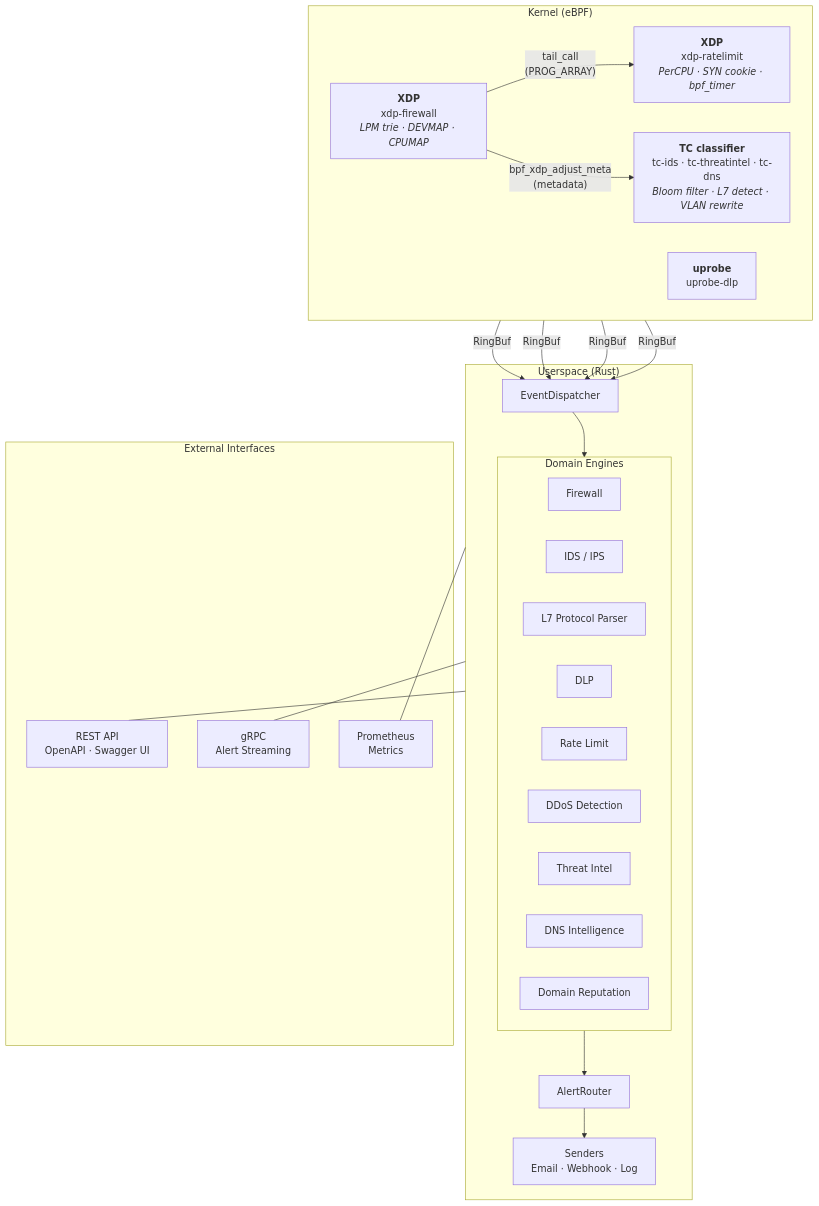
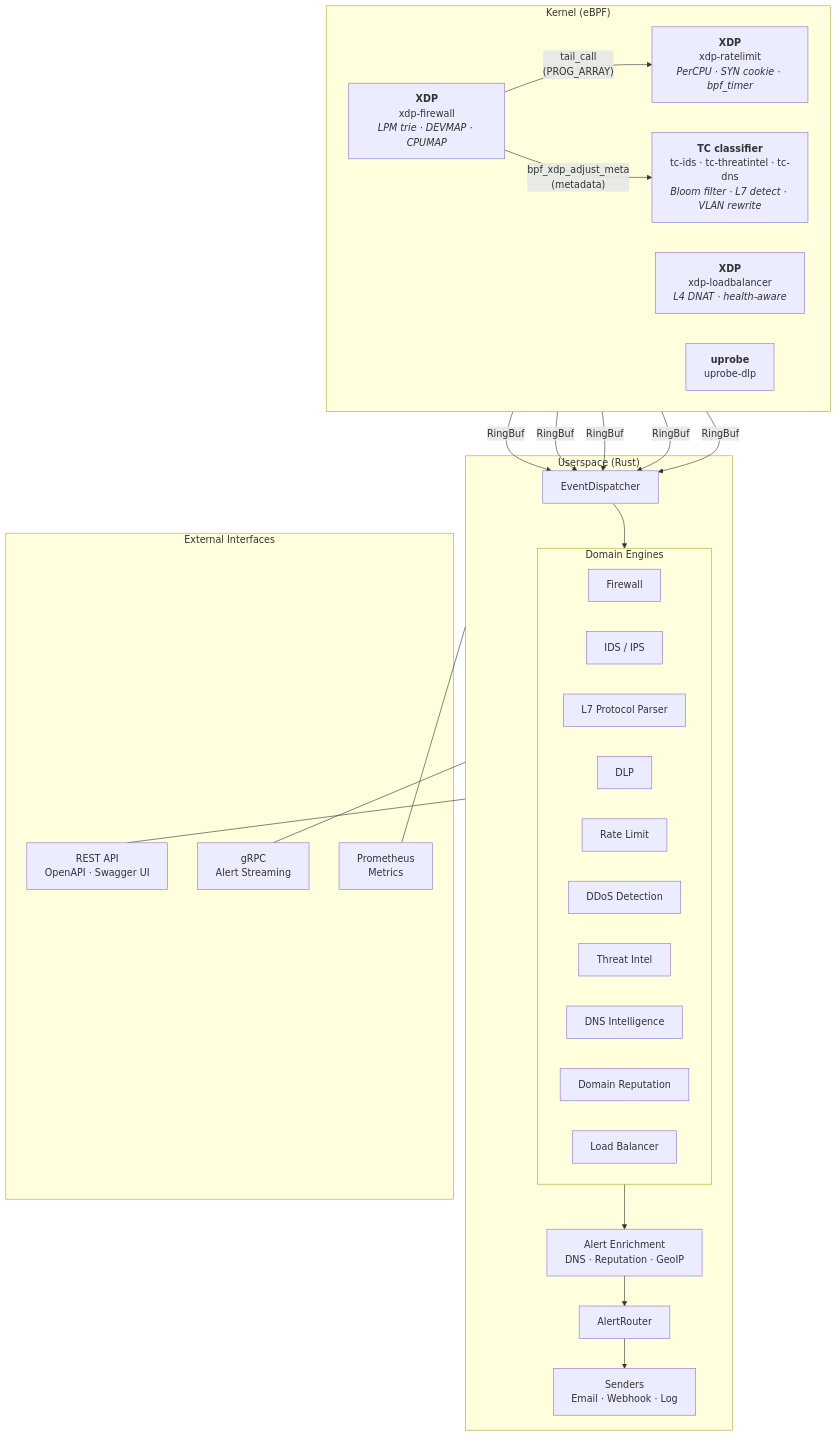
The diagram in architecture/overview.md (ebpfsentinel/ebpfsentinel-docs), drawn with Mermaid before and after one commit. The commit also changed other lines of this file and 11 other files, not shown here.

````diff
--- a/architecture/overview.md
+++ b/architecture/overview.md
@@ -8,50 +8,55 @@
 ```mermaid
 graph TB
     subgraph Kernel["Kernel (eBPF)"]
         direction LR
         XDP_FW["<b>XDP</b><br/>xdp-firewall<br/><i>LPM trie · DEVMAP · CPUMAP</i>"]
         XDP_RL["<b>XDP</b><br/>xdp-ratelimit<br/><i>PerCPU · SYN cookie · bpf_timer</i>"]
+        XDP_LB["<b>XDP</b><br/>xdp-loadbalancer<br/><i>L4 DNAT · health-aware</i>"]
         TC["<b>TC classifier</b><br/>tc-ids · tc-threatintel · tc-dns<br/><i>Bloom filter · L7 detect · VLAN rewrite</i>"]
         UPROBE["<b>uprobe</b><br/>uprobe-dlp"]
         XDP_FW -->|"tail_call<br/>(PROG_ARRAY)"| XDP_RL
         XDP_FW -->|"bpf_xdp_adjust_meta<br/>(metadata)"| TC
     end
 
     XDP_FW -->|RingBuf| ED
     XDP_RL -->|RingBuf| ED
+    XDP_LB -->|RingBuf| ED
     TC -->|RingBuf| ED
     UPROBE -->|RingBuf| ED
 
     subgraph Userspace["Userspace (Rust)"]
         ED[EventDispatcher]
 
         subgraph Engines["Domain Engines"]
             FW[Firewall]
             IDS[IDS / IPS]
             L7[L7 Protocol Parser]
             DLP[DLP]
             RL[Rate Limit]
             DDOS[DDoS Detection]
             TI[Threat Intel]
             DNS[DNS Intelligence]
             DR[Domain Reputation]
+            LB[Load Balancer]
         end
 
+        ENRICH["Alert Enrichment<br/>DNS · Reputation · GeoIP"]
         AR[AlertRouter]
         Senders["Senders<br/>Email · Webhook · Log"]
 
         ED --> Engines
-        Engines --> AR
+        Engines --> ENRICH
+        ENRICH --> AR
         AR --> Senders
     end
 
     subgraph Interfaces["External Interfaces"]
         REST["REST API<br/>OpenAPI · Swagger UI"]
         GRPC["gRPC<br/>Alert Streaming"]
         PROM["Prometheus<br/>Metrics"]
     end
 
     Userspace --- REST
     Userspace --- GRPC
     Userspace --- PROM
 ```
````
